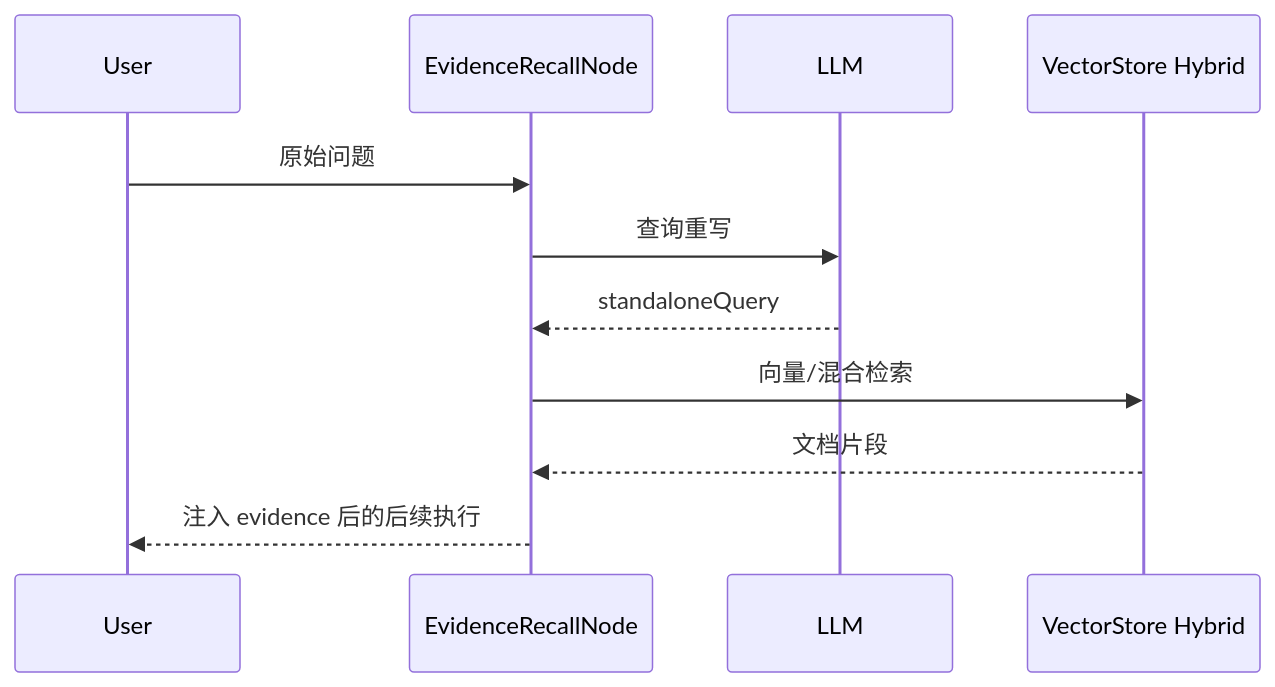
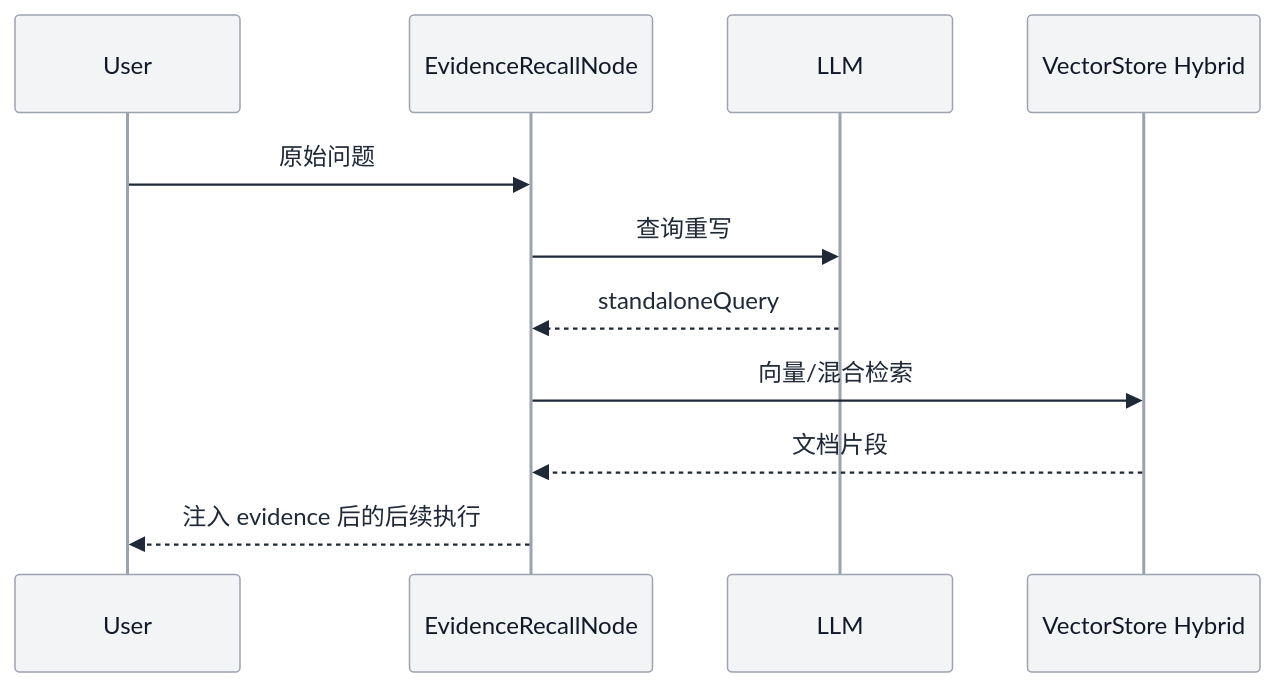
One commit to spring-ai-alibaba/DataAgent changed the eighth of 18 diagrams in README.md. Above: the diagram before and after it, drawn with Mermaid. The commit also changed other lines of this file, not shown here.

Commit message:
refactor: update README with improved diagram formatting and class definitions for better clarity

````diff
--- a/README.md
+++ b/README.md
@@ -196,14 +261,15 @@
 ```mermaid
+%%{init: {"theme": "base", "themeVariables": {"primaryColor": "#E3F2FD", "primaryBorderColor": "#1E88E5", "primaryTextColor": "#1F2937", "lineColor": "#4B5563", "secondaryColor": "#E8F5E9", "tertiaryColor": "#FFF1D6", "actorBkg": "#F3F4F6", "actorBorder": "#9CA3AF", "actorTextColor": "#111827", "noteBkgColor": "#FFF8E1", "noteTextColor": "#1F2937"}}}%%
 sequenceDiagram
   participant U as User
   participant E as EvidenceRecallNode
   participant L as LLM
   participant V as VectorStore Hybrid
 
   U->>E: 原始问题
   E->>L: 查询重写
   L-->>E: standaloneQuery
   E->>V: 向量/混合检索
   V-->>E: 文档片段
   E-->>U: 注入 evidence 后的后续执行
 ```
````
